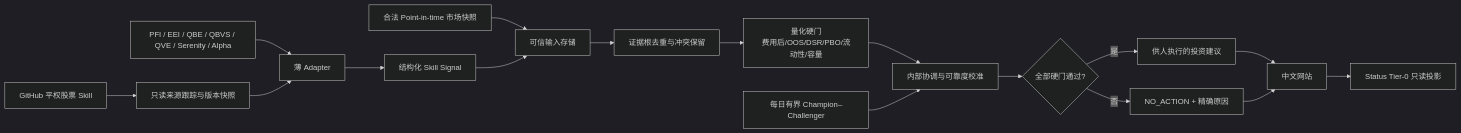
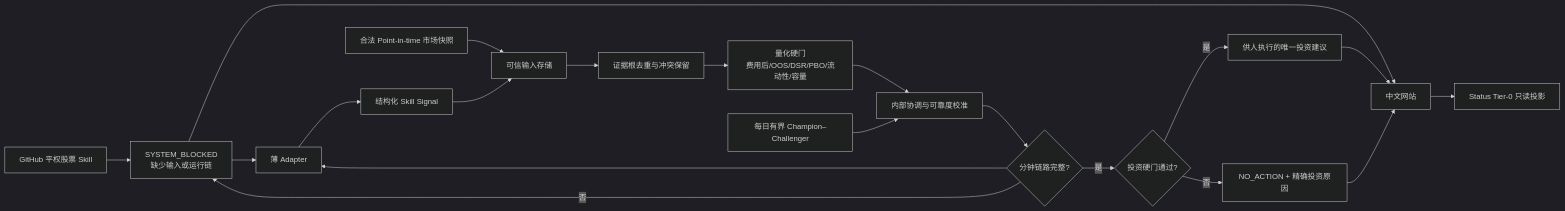
The diagram in Signal-Lattice/docs/architecture/NORTHSTAR_ARCHITECTURE.md (LinzeColin/MetaDatabase), drawn with Mermaid (dark theme) before and after one commit. The commit also changed 165 other files, not shown here.

````diff
--- a/Signal-Lattice/docs/architecture/NORTHSTAR_ARCHITECTURE.md
+++ b/Signal-Lattice/docs/architecture/NORTHSTAR_ARCHITECTURE.md
@@ -3,19 +3,22 @@
 ```mermaid
 flowchart LR
   A[GitHub 平权股票 Skill] --> B[只读来源跟踪与版本快照]
   X[PFI / EEI / QBE / QBVS / QVE / Serenity / Alpha] --> C[薄 Adapter]
   B --> C
   C --> D[结构化 Skill Signal]
   M[合法 Point-in-time 市场快照] --> E[可信输入存储]
   D --> E
   E --> F[证据根去重与冲突保留]
   F --> G[量化硬门\n费用后/OOS/DSR/PBO/流动性/容量]
   G --> H[内部协调与可靠度校准]
-  H --> I{全部硬门通过?}
-  I -- 是 --> J[供人执行的投资建议]
-  I -- 否 --> K[NO_ACTION + 精确原因]
-  J --> L[中文网站]
+  H --> X{分钟链路完整?}
+  X -- 否 --> B[ SYSTEM_BLOCKED\n缺少输入或运行链 ]
+  X -- 是 --> I{投资硬门通过?}
+  I -- 是 --> J[供人执行的唯一投资建议]
+  I -- 否 --> K[NO_ACTION + 精确投资原因]
+  B --> L[中文网站]
+  J --> L
   K --> L
   L --> S[Status Tier-0 只读投影]
   R[每日有界 Champion–Challenger] --> H
 ```
````
